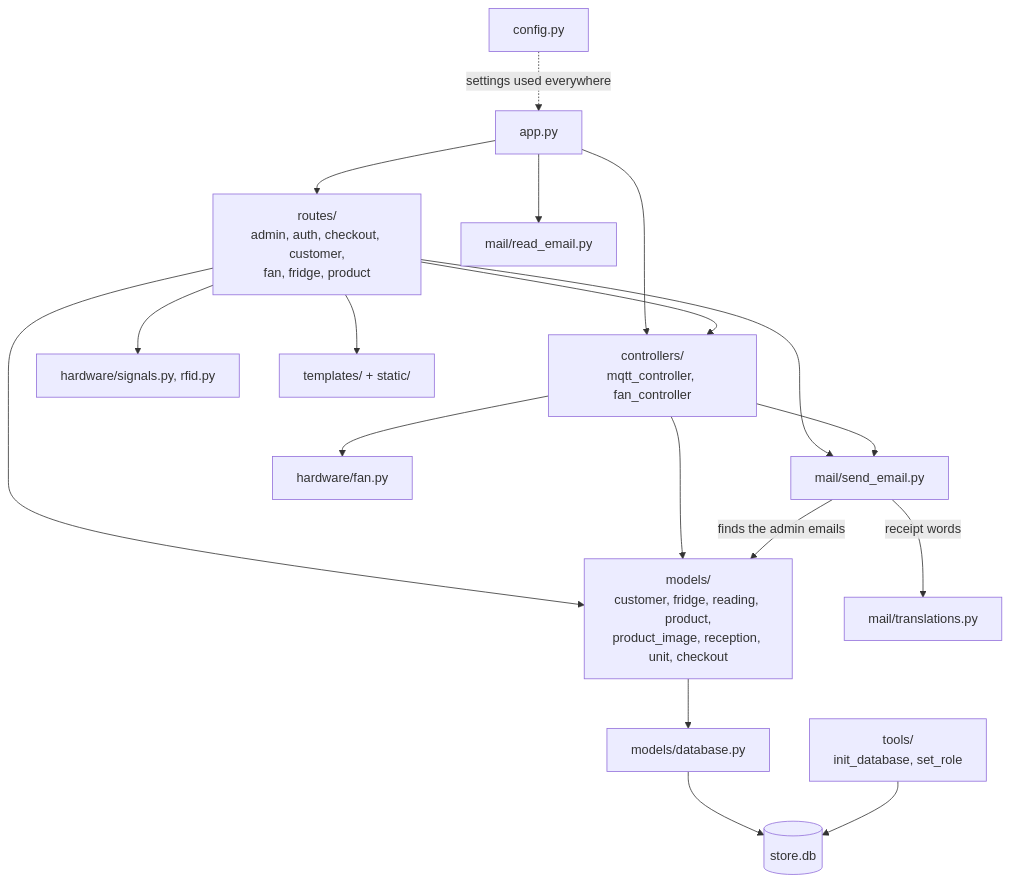
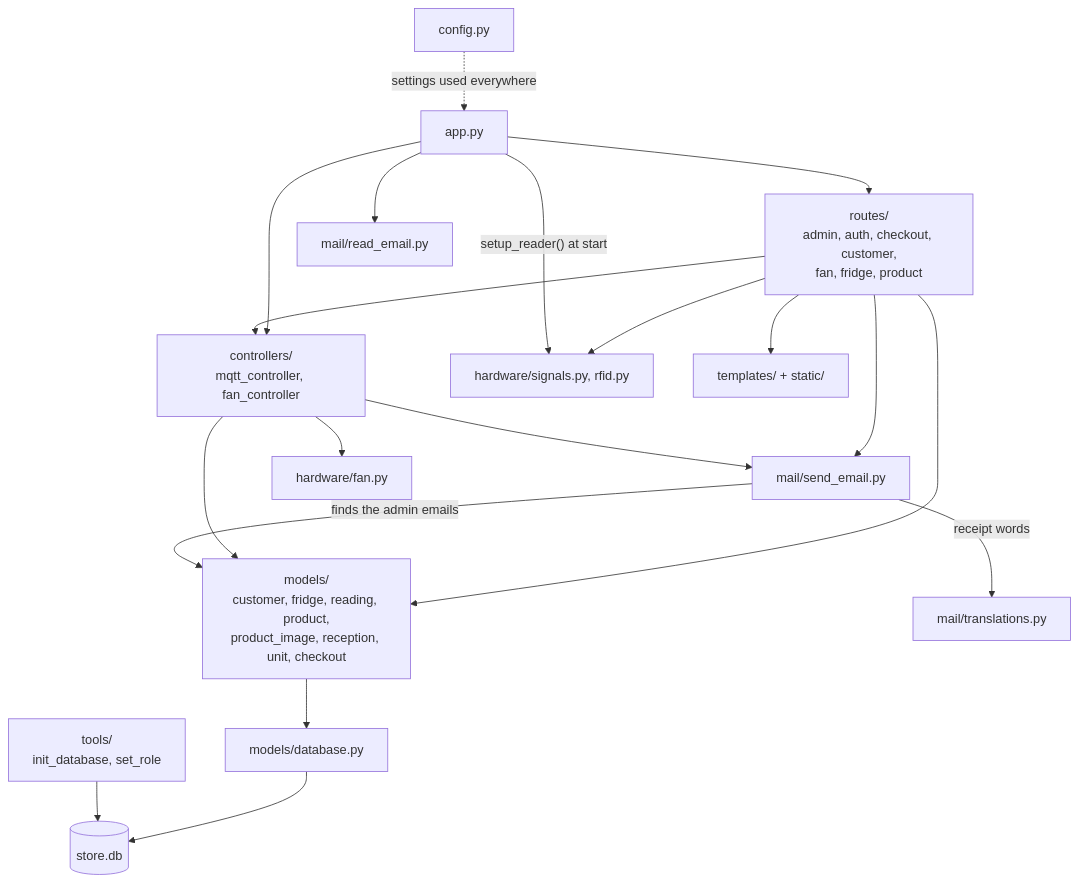
The second of 8 diagrams in docs/architecture.md (gvogas/IoT), drawn with Mermaid before and after one commit. The commit also changed other lines of this file and 3 other files, not shown here.

````diff
--- a/docs/architecture.md
+++ b/docs/architecture.md
@@ -79,24 +81,25 @@
 ```mermaid
 flowchart TD
     app["app.py"] --> routes
     app --> controllers
     app --> mail_read["mail/read_email.py"]
 
     routes["routes/<br/>admin, auth, checkout, customer,<br/>fan, fridge, product"] --> models
     routes --> controllers
     routes --> signals["hardware/signals.py, rfid.py"]
+    app -->|"setup_reader() at start"| signals
     routes --> mail_send
     routes --> templates["templates/ + static/"]
 
     controllers["controllers/<br/>mqtt_controller, fan_controller"] --> models
     controllers --> fan["hardware/fan.py"]
     controllers --> mail_send["mail/send_email.py"]
     mail_send -->|"finds the admin emails"| models
     mail_send -->|"receipt words"| translations["mail/translations.py"]
 
     models["models/<br/>customer, fridge, reading, product,<br/>product_image, reception, unit, checkout"] --> database["models/database.py"]
     database --> db[("store.db")]
 
     tools["tools/<br/>init_database, set_role"] --> db
     config["config.py"] -.->|"settings used everywhere"| app
 ```
````
